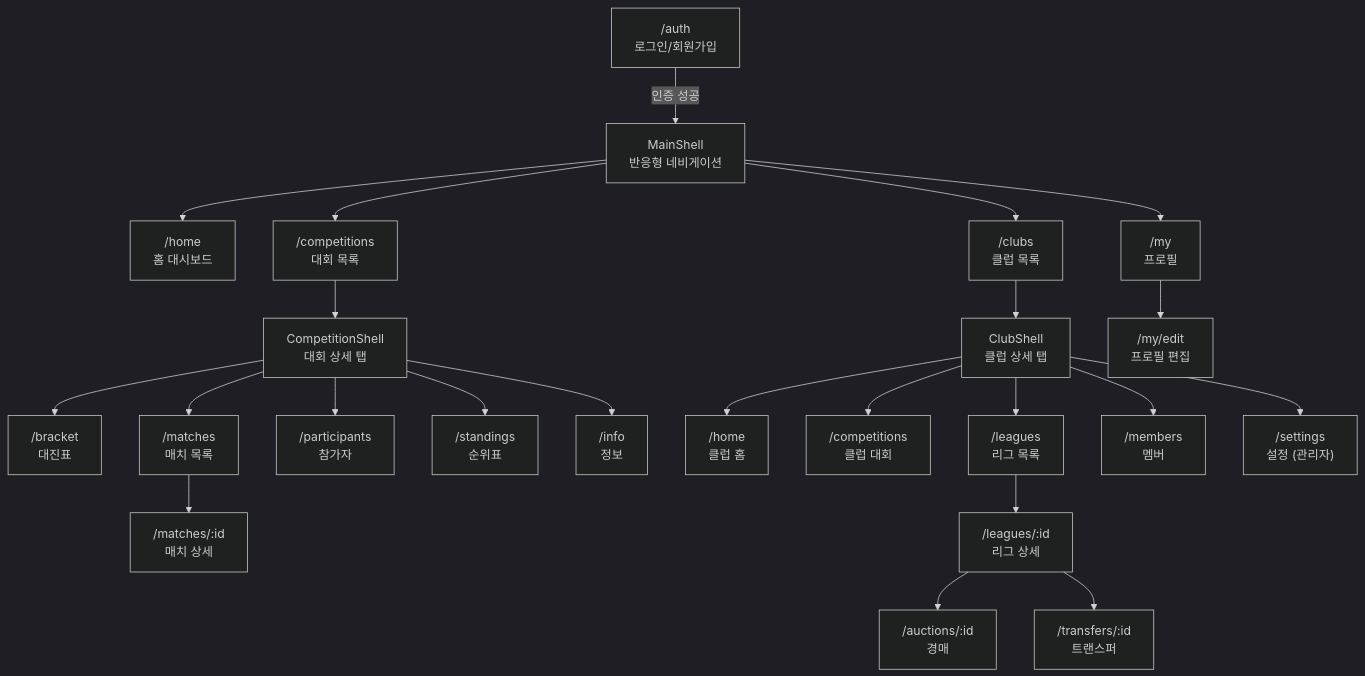
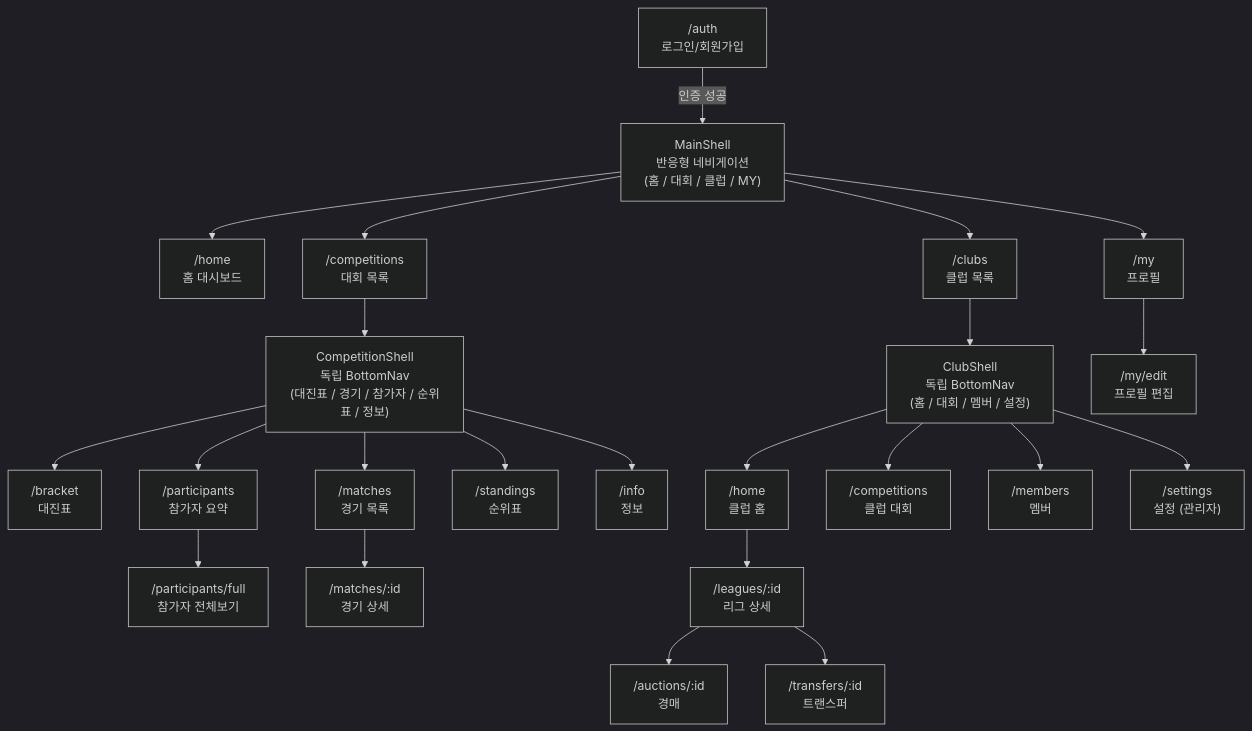
Before and after one commit to mrbigcho/final-whistle-docs: the diagram in mockups/design-guide.md, drawn with Mermaid (dark theme). The commit also changed other lines of this file and 5 other files, not shown here.

First line of the commit message:
docs: 네비게이션 개편 및 참가자 기능 변경 반영

````diff
--- a/mockups/design-guide.md
+++ b/mockups/design-guide.md
@@ -324,56 +336,56 @@
 ```mermaid
 graph TD
     AUTH["/auth<br/>로그인/회원가입"]
-    
-    MAIN["MainShell<br/>반응형 네비게이션"]
+
+    MAIN["MainShell<br/>반응형 네비게이션<br/>(홈 / 대회 / 클럽 / MY)"]
     HOME["/home<br/>홈 대시보드"]
     COMP_LIST["/competitions<br/>대회 목록"]
     CLUB_LIST["/clubs<br/>클럽 목록"]
     MY["/my<br/>프로필"]
-    
-    COMP_SHELL["CompetitionShell<br/>대회 상세 탭"]
+
+    COMP_SHELL["CompetitionShell<br/>독립 BottomNav<br/>(대진표 / 경기 / 참가자 / 순위표 / 정보)"]
     BRACKET["/bracket<br/>대진표"]
-    MATCHES["/matches<br/>매치 목록"]
-    PARTICIPANTS["/participants<br/>참가자"]
+    MATCHES["/matches<br/>경기 목록"]
+    PARTICIPANTS["/participants<br/>참가자 요약"]
+    PARTICIPANT_FULL["/participants/full<br/>참가자 전체보기"]
     STANDINGS["/standings<br/>순위표"]
     INFO["/info<br/>정보"]
-    
-    CLUB_SHELL["ClubShell<br/>클럽 상세 탭"]
+
+    CLUB_SHELL["ClubShell<br/>독립 BottomNav<br/>(홈 / 대회 / 멤버 / 설정)"]
     CLUB_HOME["/home<br/>클럽 홈"]
     CLUB_COMP["/competitions<br/>클럽 대회"]
-    CLUB_LEAGUES["/leagues<br/>리그 목록"]
     CLUB_MEMBERS["/members<br/>멤버"]
     CLUB_SETTINGS["/settings<br/>설정 (관리자)"]
-    
-    MATCH_DETAIL["/matches/:id<br/>매치 상세"]
+
+    MATCH_DETAIL["/matches/:id<br/>경기 상세"]
     LEAGUE_DETAIL["/leagues/:id<br/>리그 상세"]
     AUCTION["/auctions/:id<br/>경매"]
     TRANSFER["/transfers/:id<br/>트랜스퍼"]
     EDIT_PROFILE["/my/edit<br/>프로필 편집"]
-    
+
     AUTH -->|인증 성공| MAIN
     MAIN --> HOME
     MAIN --> COMP_LIST
     MAIN --> CLUB_LIST
     MAIN --> MY
-    
+
     COMP_LIST --> COMP_SHELL
     COMP_SHELL --> BRACKET
     COMP_SHELL --> MATCHES
     COMP_SHELL --> PARTICIPANTS
+    PARTICIPANTS --> PARTICIPANT_FULL
     COMP_SHELL --> STANDINGS
     COMP_SHELL --> INFO
-    
+
     CLUB_LIST --> CLUB_SHELL
     CLUB_SHELL --> CLUB_HOME
     CLUB_SHELL --> CLUB_COMP
-    CLUB_SHELL --> CLUB_LEAGUES
     CLUB_SHELL --> CLUB_MEMBERS
     CLUB_SHELL --> CLUB_SETTINGS
-    
+
     MATCHES --> MATCH_DETAIL
-    CLUB_LEAGUES --> LEAGUE_DETAIL
+    CLUB_HOME --> LEAGUE_DETAIL
     LEAGUE_DETAIL --> AUCTION
     LEAGUE_DETAIL --> TRANSFER
     MY --> EDIT_PROFILE
 ```
````
